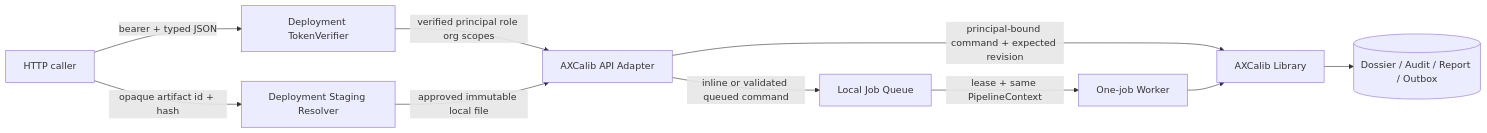
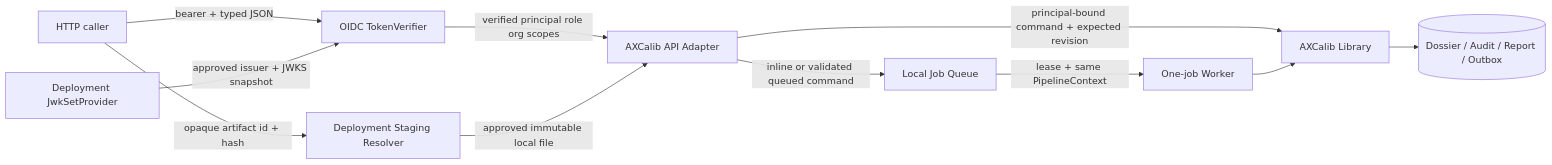
Before and after one commit to Infant83/AXCalib: the diagram in docs/security/api-alpha-threat-model.md, drawn with Mermaid. The commit also changed other lines of this file and 39 other files, not shown here.

Commit message:
feat: add provider-neutral OIDC identity reference

````diff
--- a/docs/security/api-alpha-threat-model.md
+++ b/docs/security/api-alpha-threat-model.md
@@ -13,12 +13,13 @@
 ```mermaid
 flowchart LR
-    C[HTTP caller] -->|bearer + typed JSON| V[Deployment TokenVerifier]
+    C[HTTP caller] -->|bearer + typed JSON| V[OIDC TokenVerifier]
+    K[Deployment JwkSetProvider] -->|approved issuer + JWKS snapshot| V
     C -->|opaque artifact id + hash| S[Deployment Staging Resolver]
     V -->|verified principal role org scopes| A[AXCalib API Adapter]
     S -->|approved immutable local file| A
     A -->|inline or validated queued command| Q[Local Job Queue]
     Q -->|lease + same PipelineContext| W[One-job Worker]
     A -->|principal-bound command + expected revision| L[AXCalib Library]
     W --> L
     L --> D[(Dossier / Audit / Report / Outbox)]
 ```
````
